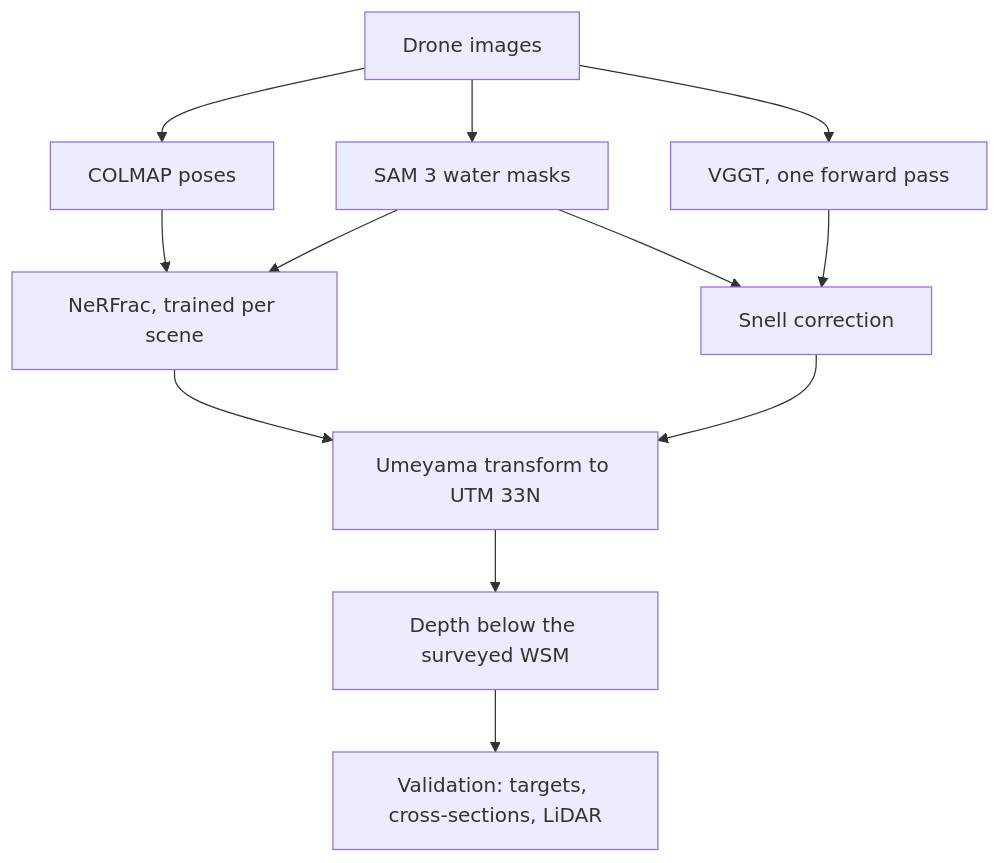
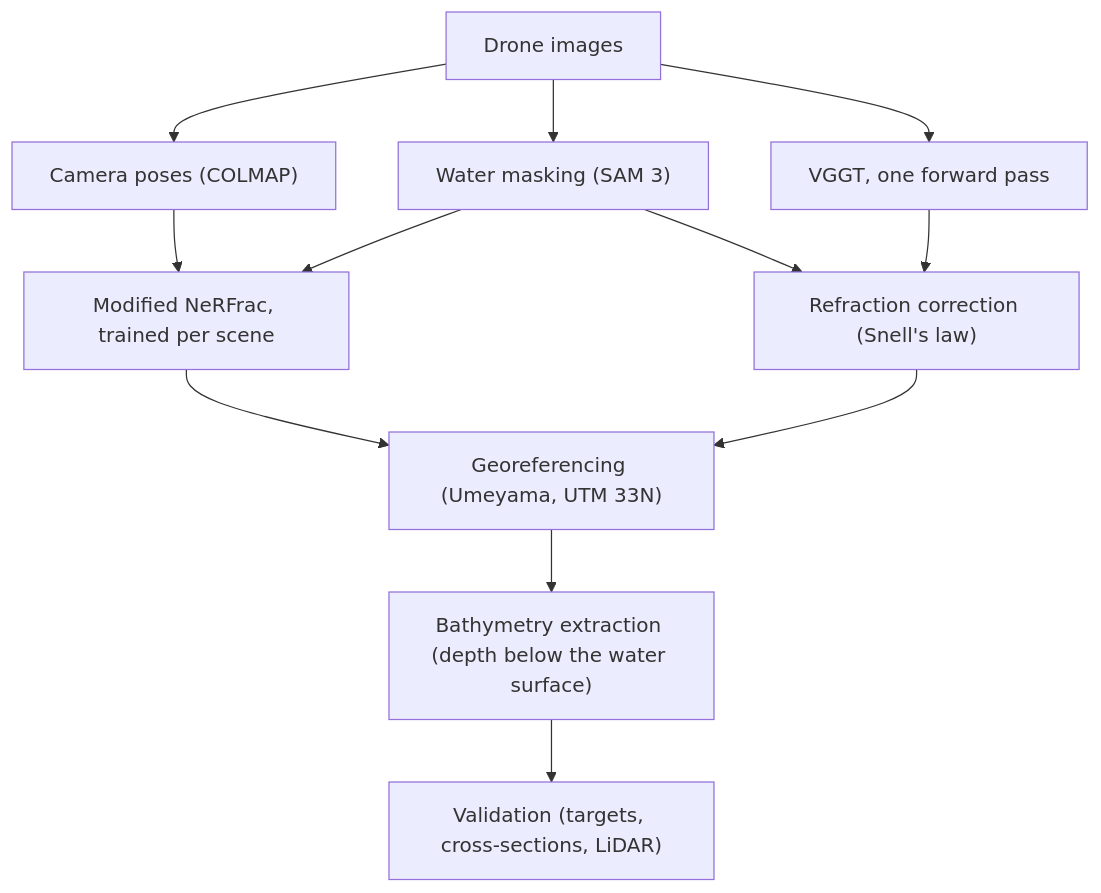
One commit to KonradJKl/NeuroBathy changed the diagram in README.md. Above: the diagram before and after it, drawn with Mermaid. The commit also changed other lines of this file and 2 other files, not shown here.

````diff
--- a/README.md
+++ b/README.md
@@ -111,14 +26,14 @@
 ```mermaid
 flowchart TD
-    img["Drone images"] --> poses["COLMAP poses"]
-    img --> masks["SAM 3 water masks"]
-    img --> vggt["VGGT, one forward pass"]
-    poses --> nerfrac["NeRFrac, trained per scene"]
+    images["Drone images"] --> poses["Camera poses (COLMAP)"]
+    images --> masks["Water masking (SAM 3)"]
+    images --> vggt["VGGT, one forward pass"]
+    poses --> nerfrac["Modified NeRFrac, trained per scene"]
     masks --> nerfrac
-    vggt --> snell["Snell correction"]
-    masks --> snell
-    nerfrac --> utm["Umeyama transform to UTM 33N"]
-    snell --> utm
-    utm --> depth["Depth below the surveyed WSM"]
-    depth --> val["Validation: targets, cross-sections, LiDAR"]
+    masks --> snell["Refraction correction (Snell's law)"]
+    vggt --> snell
+    nerfrac --> geo["Georeferencing (Umeyama, UTM 33N)"]
+    snell --> geo
+    geo --> bathy["Bathymetry extraction (depth below the water surface)"]
+    bathy --> val["Validation (targets, cross-sections, LiDAR)"]
 ```
````
